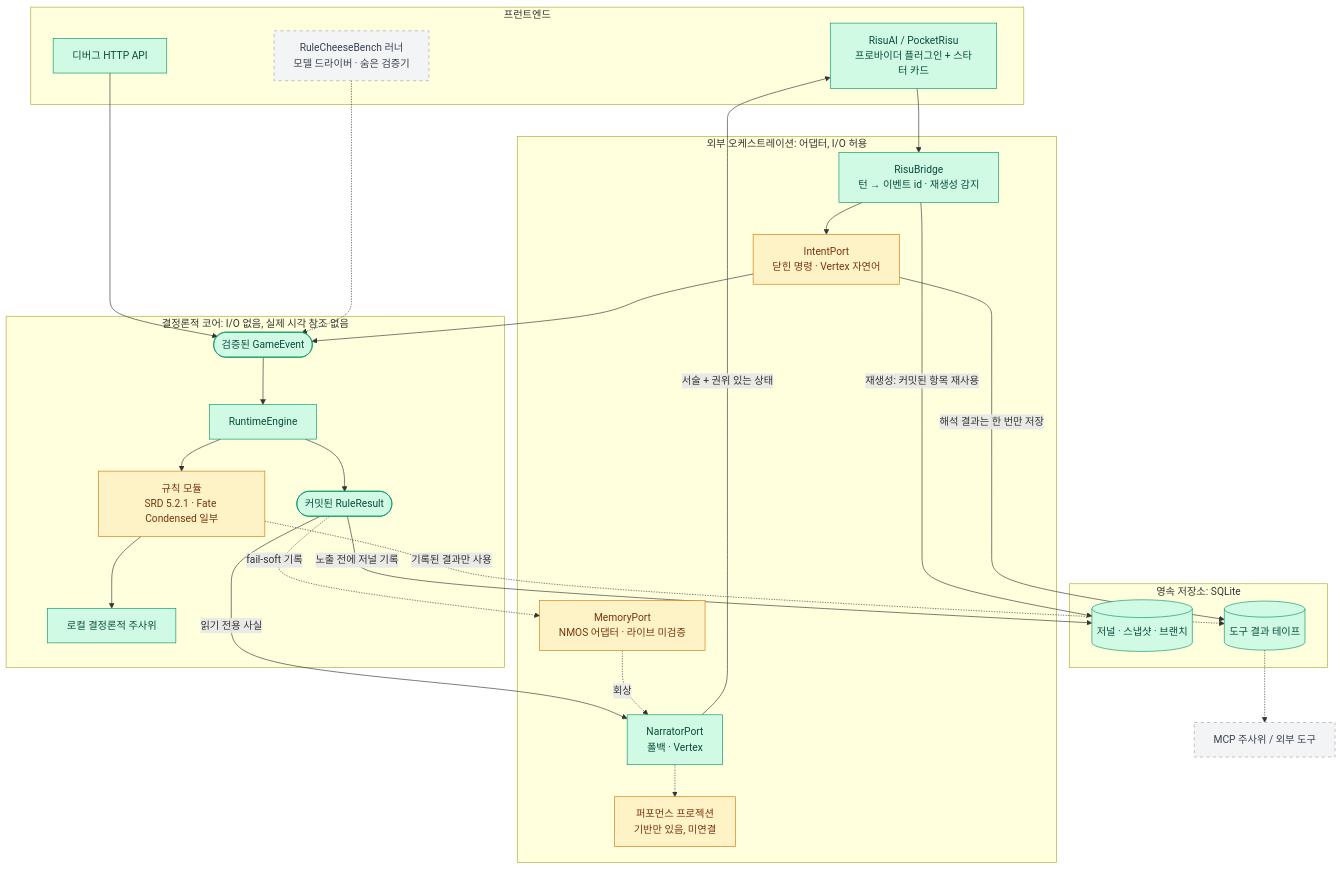
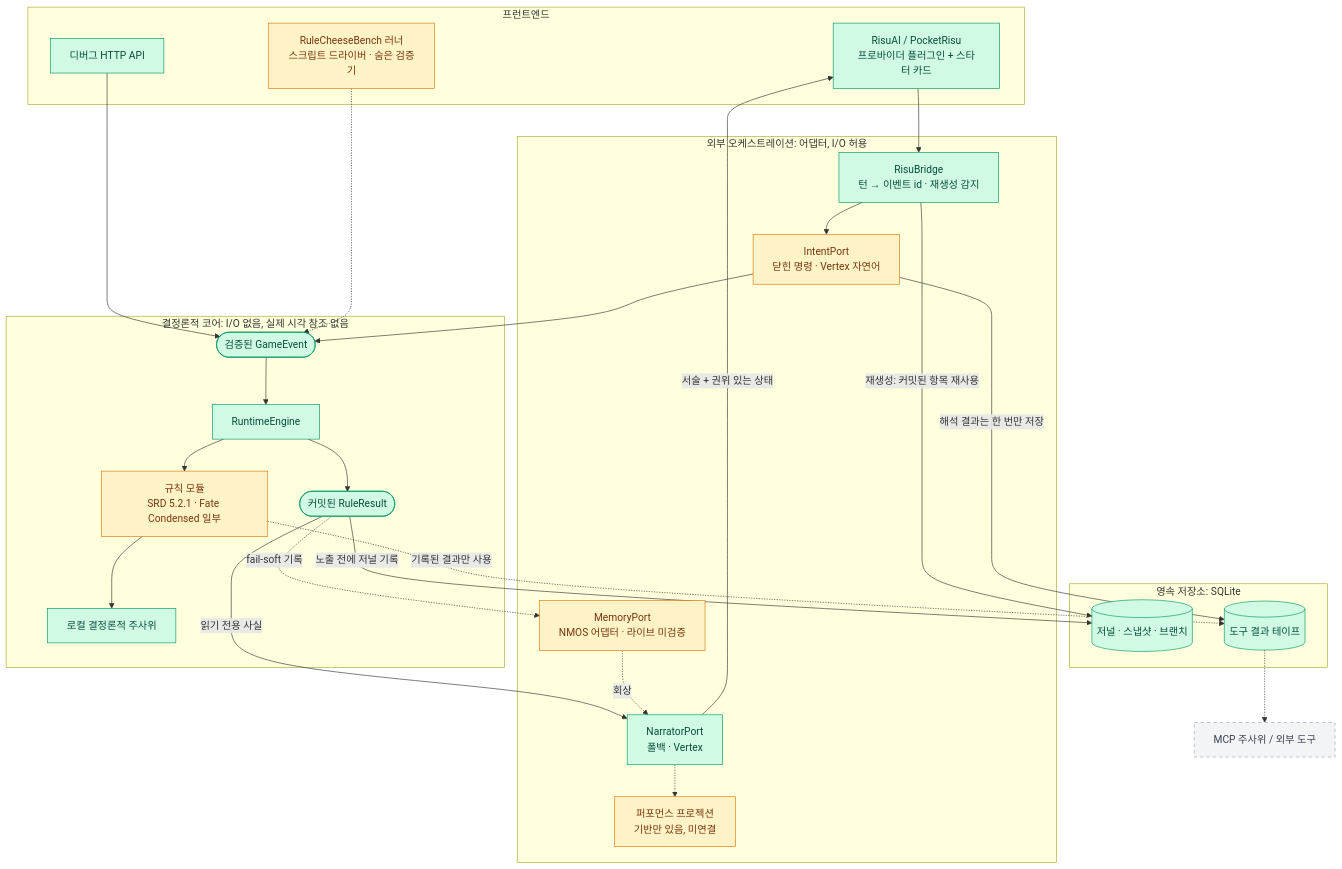
The first of 2 diagrams in README.ko.md (Sallos725/SAGA), drawn with Mermaid before and after one commit. The commit also changed other lines of this file and 11 other files, not shown here.

First line of the commit message:
feat: RuleCheeseBench runner on the production runtime

````diff
--- a/README.ko.md
+++ b/README.ko.md
@@ -32,51 +32,51 @@
 ```mermaid
 flowchart TD
     subgraph FE["프런트엔드"]
         risu["RisuAI / PocketRisu<br/>프로바이더 플러그인 + 스타터 카드"]:::done
         http["디버그 HTTP API"]:::done
-        bench["RuleCheeseBench 러너<br/>모델 드라이버 · 숨은 검증기"]:::planned
+        bench["RuleCheeseBench 러너<br/>스크립트 드라이버 · 숨은 검증기"]:::partial
     end
 
     subgraph OUT["외부 오케스트레이션: 어댑터, I/O 허용"]
         bridge["RisuBridge<br/>턴 → 이벤트 id · 재생성 감지"]:::done
         intent["IntentPort<br/>닫힌 명령 · Vertex 자연어"]:::partial
         narr["NarratorPort<br/>폴백 · Vertex"]:::done
         mem["MemoryPort<br/>NMOS 어댑터 · 라이브 미검증"]:::partial
         perf["퍼포먼스 프로젝션<br/>기반만 있음, 미연결"]:::partial
     end
 
     subgraph CORE["결정론적 코어: I/O 없음, 실제 시각 참조 없음"]
         event(["검증된 GameEvent"]):::done
         engine["RuntimeEngine"]:::done
         rules["규칙 모듈<br/>SRD 5.2.1 · Fate Condensed 일부"]:::partial
         dice["로컬 결정론적 주사위"]:::done
         result(["커밋된 RuleResult"]):::done
     end
 
     subgraph STORE["영속 저장소: SQLite"]
         journal[("저널 · 스냅샷 · 브랜치")]:::done
         tape[("도구 결과 테이프")]:::done
     end
 
     mcp["MCP 주사위 / 외부 도구"]:::planned
 
     risu --> bridge --> intent --> event
     http --> event
     bench -.-> event
     event --> engine --> rules --> dice
     engine --> result
     result -- "노출 전에 저널 기록" --> journal
     intent -- "해석 결과는 한 번만 저장" --> tape
     rules -. "기록된 결과만 사용" .-> tape
     tape -.-> mcp
     bridge -- "재생성: 커밋된 항목 재사용" --> journal
     result -- "읽기 전용 사실" --> narr
     narr -- "서술 + 권위 있는 상태" --> risu
     result -. "fail-soft 기록" .-> mem
     mem -. "회상" .-> narr
     narr -.-> perf
 
     classDef done fill:#d1fae5,stroke:#059669,color:#064e3b
     classDef partial fill:#fef3c7,stroke:#d97706,color:#78350f
     classDef planned fill:#f3f4f6,stroke:#9ca3af,color:#374151,stroke-dasharray: 5 5
 ```
````
